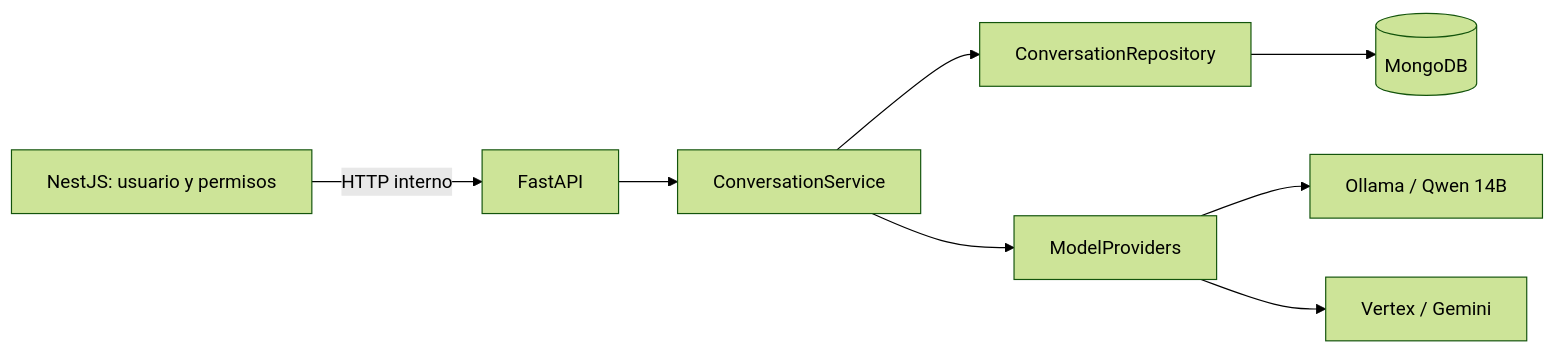
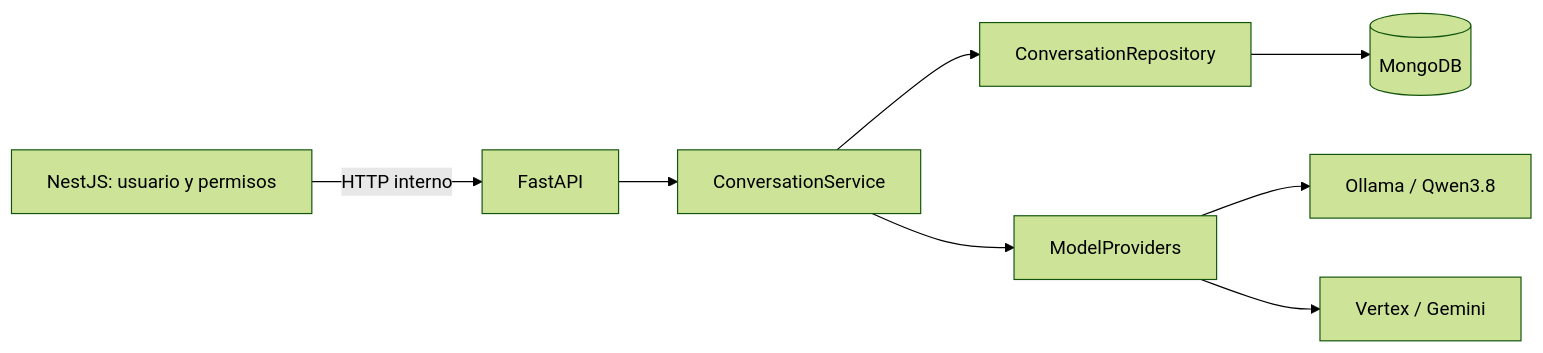
One commit to evert-aov/sw1_parcial1_ia changed the diagram in guia-desarrollador/00-ARQUITECTURA-Y-CONFIGURACION.md. Above: the diagram before and after it, drawn with Mermaid (forest theme). The commit also changed other lines of this file and 11 other files, not shown here.

````diff
--- a/guia-desarrollador/00-ARQUITECTURA-Y-CONFIGURACION.md
+++ b/guia-desarrollador/00-ARQUITECTURA-Y-CONFIGURACION.md
@@ -5,10 +5,10 @@
 ```mermaid
 flowchart LR
   Nest[NestJS: usuario y permisos] -->|HTTP interno| API[FastAPI]
   API --> Service[ConversationService]
   Service --> Repo[ConversationRepository]
   Repo --> Mongo[(MongoDB)]
   Service --> Models[ModelProviders]
-  Models --> Local[Ollama / Qwen 14B]
+  Models --> Local[Ollama / Qwen3.8]
   Models --> Cloud[Vertex / Gemini]
 ```
````
